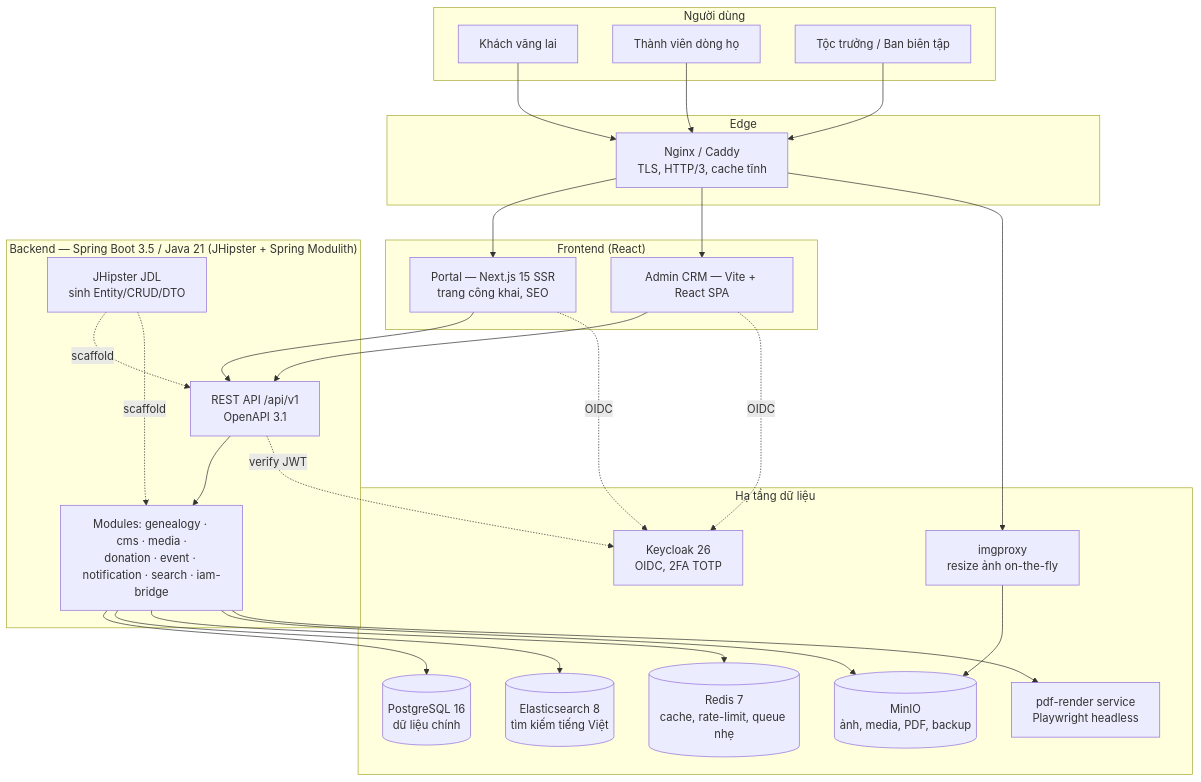
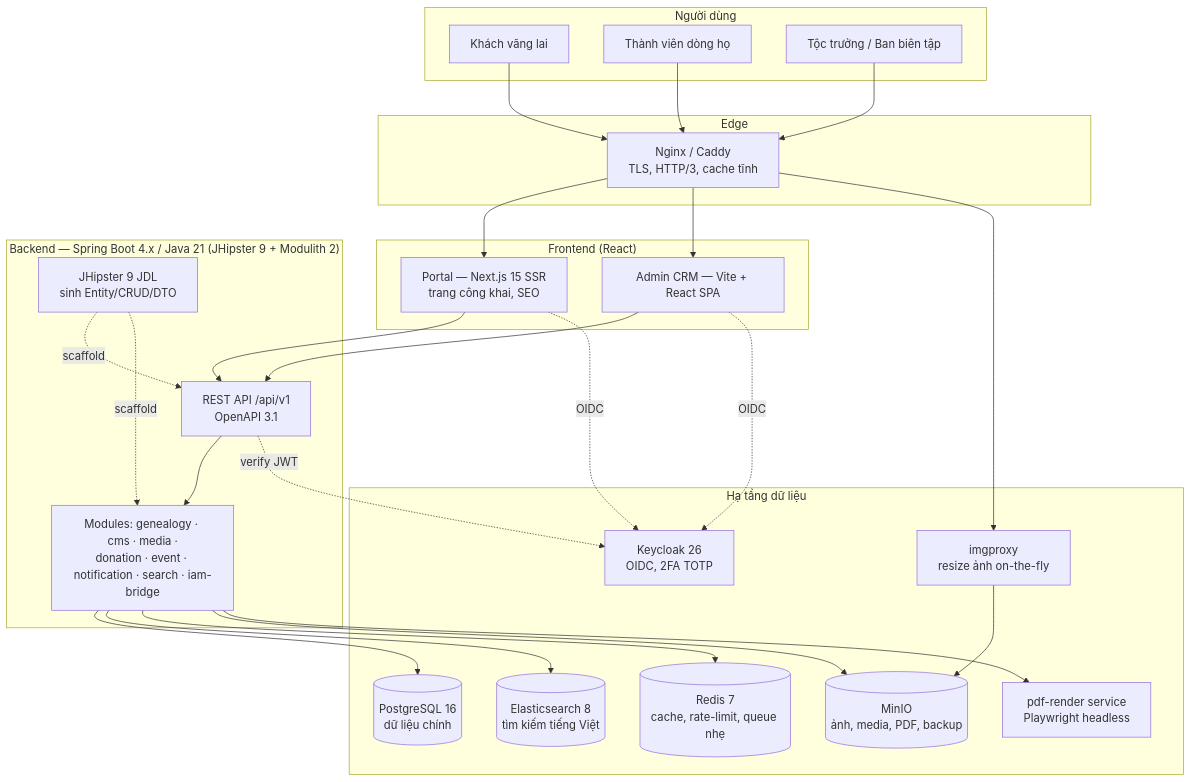
The first of 3 diagrams in instruction/01-kien-truc-he-thong.md (caprocute/GiaPhaDongHo), drawn with Mermaid before and after one commit. The commit also changed other lines of this file and 4 other files, not shown here.

First line of the commit message:
[docs] nâng chuẩn backend lên Spring Boot 4 + JHipster 9 — TK-01/TK-02

````diff
--- a/instruction/01-kien-truc-he-thong.md
+++ b/instruction/01-kien-truc-he-thong.md
@@ -5,44 +5,44 @@
 ```mermaid
 graph TB
     subgraph Users["Người dùng"]
         G[Khách vãng lai]
         M[Thành viên dòng họ]
         A[Tộc trưởng / Ban biên tập]
     end
 
     subgraph Edge["Edge"]
         NG[Nginx / Caddy<br/>TLS, HTTP/3, cache tĩnh]
     end
 
     subgraph FE["Frontend (React)"]
         P[Portal — Next.js 15 SSR<br/>trang công khai, SEO]
         AD[Admin CRM — Vite + React SPA]
     end
 
-    subgraph BE["Backend — Spring Boot 3.5 / Java 21 (JHipster + Spring Modulith)"]
+    subgraph BE["Backend — Spring Boot 4.x / Java 21 (JHipster 9 + Modulith 2)"]
         API[REST API /api/v1<br/>OpenAPI 3.1]
         MOD[Modules: genealogy · cms · media ·<br/>donation · event · notification · search · iam-bridge]
-        JH[JHipster JDL<br/>sinh Entity/CRUD/DTO]
+        JH[JHipster 9 JDL<br/>sinh Entity/CRUD/DTO]
     end
 
     subgraph Infra["Hạ tầng dữ liệu"]
         PG[(PostgreSQL 16<br/>dữ liệu chính)]
         ES[(Elasticsearch 8<br/>tìm kiếm tiếng Việt)]
         RD[(Redis 7<br/>cache, rate-limit, queue nhẹ)]
         MN[(MinIO<br/>ảnh, media, PDF, backup)]
         KC[Keycloak 26<br/>OIDC, 2FA TOTP]
         IP[imgproxy<br/>resize ảnh on-the-fly]
         PDFS[pdf-render service<br/>Playwright headless]
     end
 
     G & M & A --> NG
     NG --> P & AD
     P & AD --> API
     JH -.scaffold.-> API & MOD
     API --> MOD
     MOD --> PG & ES & RD & MN
     NG --> IP --> MN
     MOD --> PDFS
     P & AD -.OIDC.-> KC
     API -.verify JWT.-> KC
 ```
````
